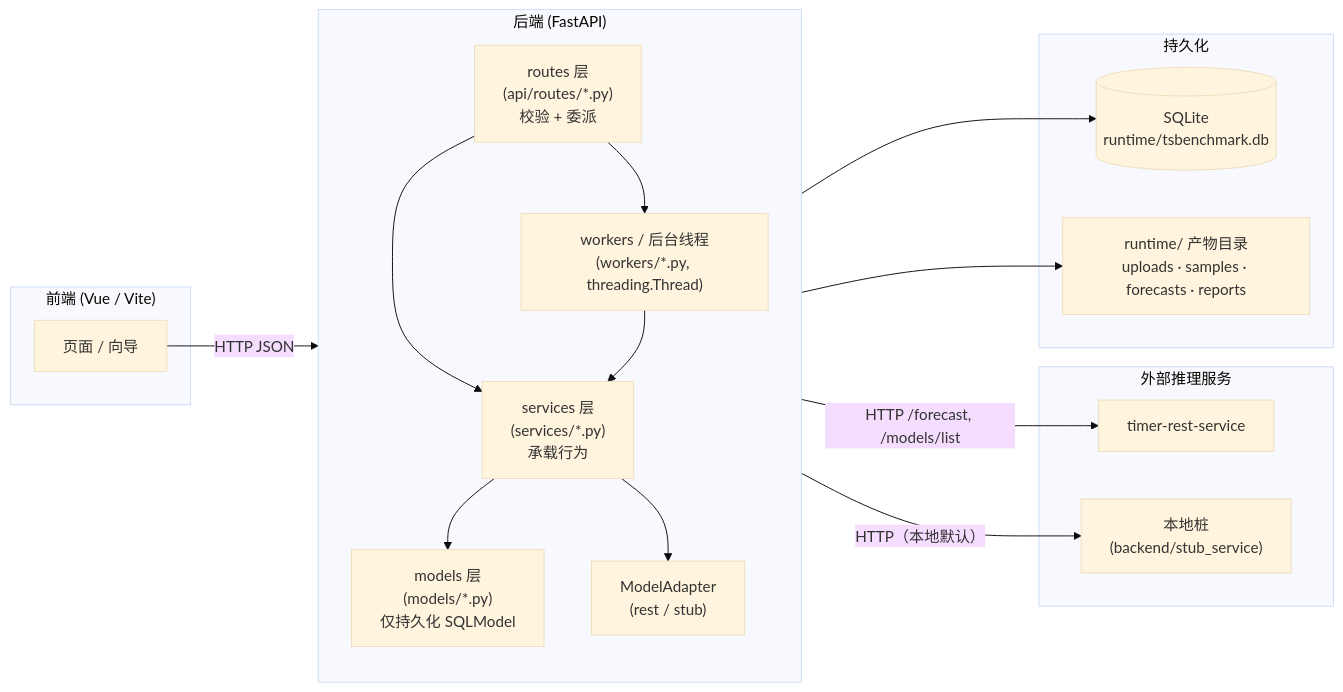
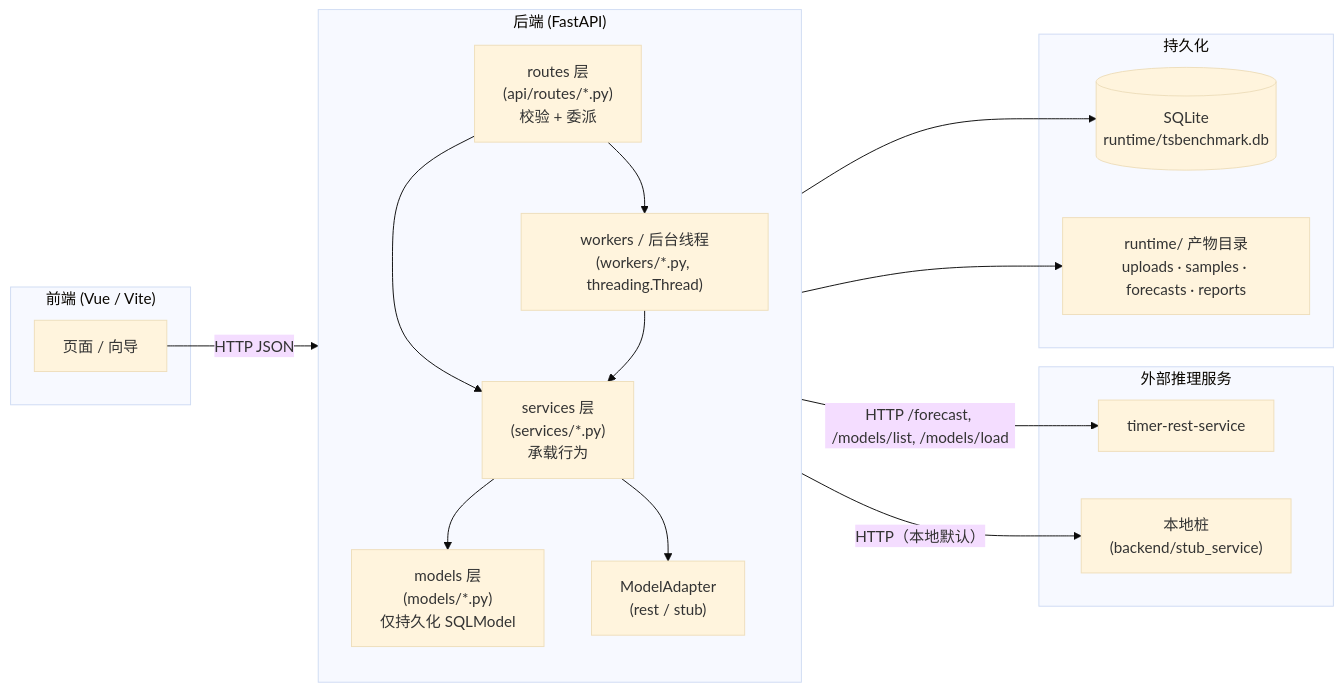
The first of 6 diagrams in docs/developer/key-flows.md (thulab/CaFE), drawn with Mermaid (base theme) before and after one commit. The commit also changed other lines of this file and 20 other files, not shown here.

````diff
--- a/docs/developer/key-flows.md
+++ b/docs/developer/key-flows.md
@@ -15,36 +15,36 @@
 ```mermaid
 flowchart LR
     subgraph FE["前端 (Vue / Vite)"]
         UI["页面 / 向导"]
     end
 
     subgraph BE["后端 (FastAPI)"]
         direction TB
         R["routes 层<br/>(api/routes/*.py)<br/>校验 + 委派"]
         S["services 层<br/>(services/*.py)<br/>承载行为"]
         M["models 层<br/>(models/*.py)<br/>仅持久化 SQLModel"]
         W["workers / 后台线程<br/>(workers/*.py, threading.Thread)"]
         ADP["ModelAdapter<br/>(rest / stub)"]
         R --> S
         S --> M
         R --> W
         W --> S
         S --> ADP
     end
 
     subgraph EXT["外部推理服务"]
         REAL["timer-rest-service"]
         STUB["本地桩<br/>(backend/stub_service)"]
     end
 
     subgraph STORE["持久化"]
         DB[("SQLite<br/>runtime/tsbenchmark.db")]
         FS["runtime/ 产物目录<br/>uploads · samples · forecasts · reports"]
     end
 
     UI -->|HTTP JSON| R
-    ADP -->|HTTP /forecast, /models/list| REAL
+    ADP -->|HTTP /forecast, /models/list, /models/load| REAL
     ADP -->|HTTP（本地默认）| STUB
     M --> DB
     S --> FS
 ```
````
